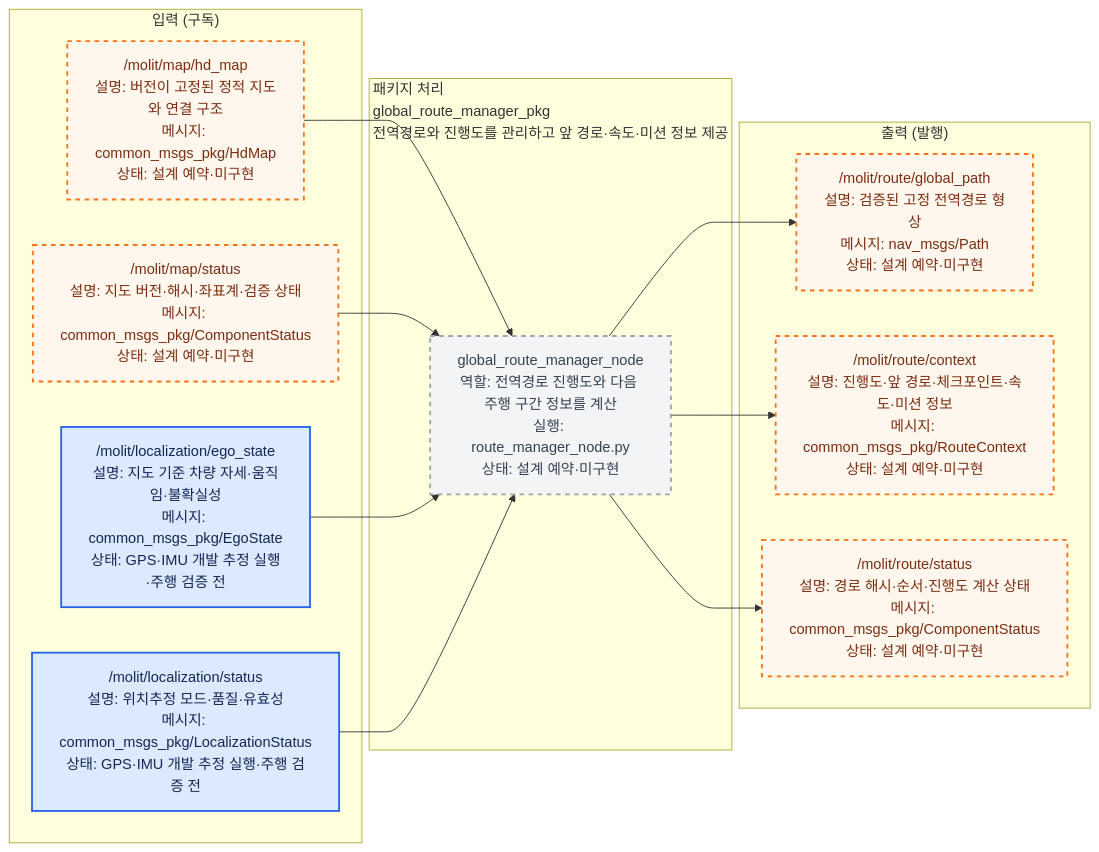
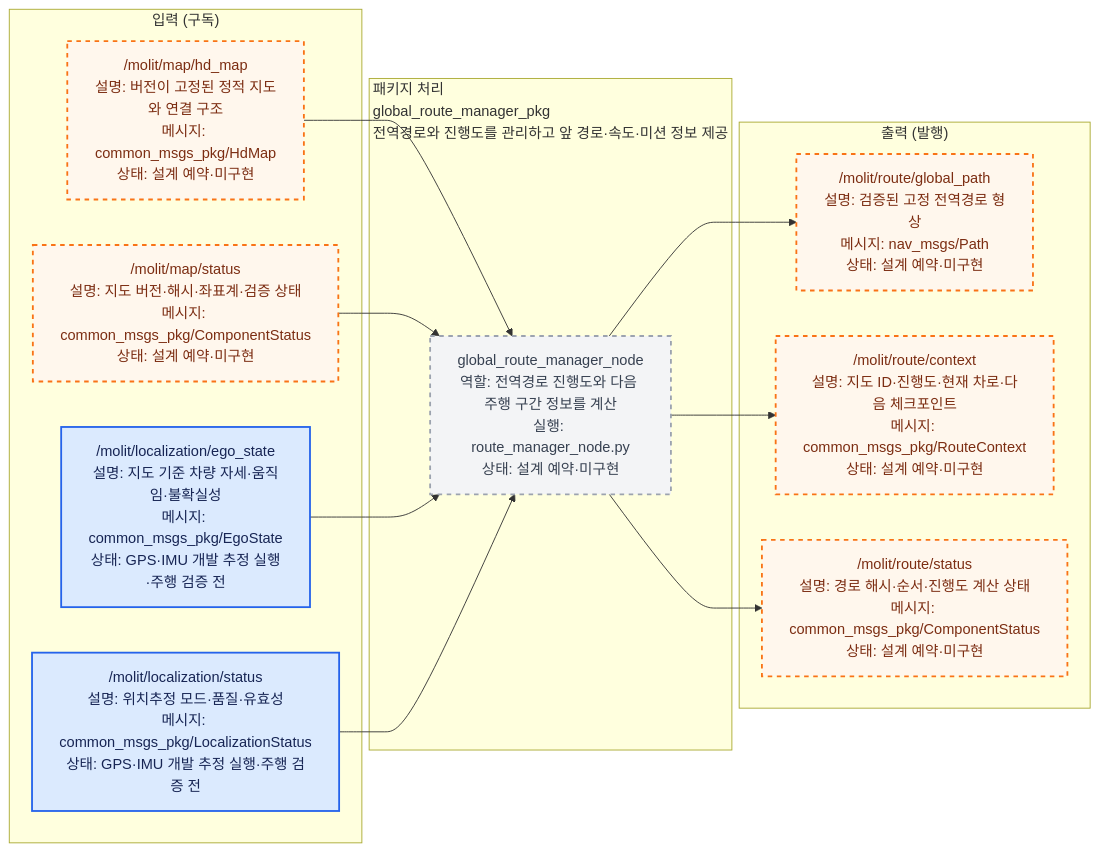
One commit to Team-Stier/Morai_Sim_team2 changed the diagram in src/global_route_manager_pkg/docs/interface_io.mmd. Above: the diagram before and after it, drawn with Mermaid. The commit also changed 37 other files, not shown here.

First line of the commit message:
정적 HD맵 캐시로 Route 진행 메시지 경량화

```diff
--- a/src/global_route_manager_pkg/docs/interface_io.mmd
+++ b/src/global_route_manager_pkg/docs/interface_io.mmd
@@ -1,41 +1,41 @@
 %% AUTO-GENERATED by ros_architecture_pkg/scripts/generate_interface_diagrams.py. DO NOT EDIT.
 %% Source of truth: ros_architecture_pkg/config/interface_contract.yaml
 flowchart LR
     classDef liveNode fill:#dcfce7,color:#14532d,stroke:#16a34a,stroke-width:2px;
     classDef reservedNode fill:#f3f4f6,color:#374151,stroke:#9ca3af,stroke-width:2px,stroke-dasharray: 5 5;
     classDef liveTopic fill:#dbeafe,color:#172554,stroke:#2563eb,stroke-width:2px;
     classDef reservedTopic fill:#fff7ed,color:#7c2d12,stroke:#f97316,stroke-width:2px,stroke-dasharray: 5 5;
     classDef emptyPort fill:#ffffff,color:#6b7280,stroke:#d1d5db,stroke-dasharray: 3 3;
     classDef externalEndpoint fill:#f3e8ff,color:#581c87,stroke:#9333ea,stroke-width:3px;
 
     subgraph INPUTS["입력 (구독)"]
         input_000["/molit/map/hd_map<br/>설명: 버전이 고정된 정적 지도와 연결 구조<br/>메시지: common_msgs_pkg/HdMap<br/>상태: 설계 예약·미구현"]
         input_001["/molit/map/status<br/>설명: 지도 버전·해시·좌표계·검증 상태<br/>메시지: common_msgs_pkg/ComponentStatus<br/>상태: 설계 예약·미구현"]
         input_002["/molit/localization/ego_state<br/>설명: 지도 기준 차량 자세·움직임·불확실성<br/>메시지: common_msgs_pkg/EgoState<br/>상태: GPS·IMU 개발 추정 실행·주행 검증 전"]
         input_003["/molit/localization/status<br/>설명: 위치추정 모드·품질·유효성<br/>메시지: common_msgs_pkg/LocalizationStatus<br/>상태: GPS·IMU 개발 추정 실행·주행 검증 전"]
     end
     subgraph PACKAGE["패키지 처리<br/>global_route_manager_pkg<br/>전역경로와 진행도를 관리하고 앞 경로·속도·미션 정보 제공"]
         local_node_000["global_route_manager_node<br/>역할: 전역경로 진행도와 다음 주행 구간 정보를 계산<br/>실행: route_manager_node.py<br/>상태: 설계 예약·미구현"]
     end
     subgraph OUTPUTS["출력 (발행)"]
         output_000["/molit/route/global_path<br/>설명: 검증된 고정 전역경로 형상<br/>메시지: nav_msgs/Path<br/>상태: 설계 예약·미구현"]
-        output_001["/molit/route/context<br/>설명: 진행도·앞 경로·체크포인트·속도·미션 정보<br/>메시지: common_msgs_pkg/RouteContext<br/>상태: 설계 예약·미구현"]
+        output_001["/molit/route/context<br/>설명: 지도 ID·진행도·현재 차로·다음 체크포인트<br/>메시지: common_msgs_pkg/RouteContext<br/>상태: 설계 예약·미구현"]
         output_002["/molit/route/status<br/>설명: 경로 해시·순서·진행도 계산 상태<br/>메시지: common_msgs_pkg/ComponentStatus<br/>상태: 설계 예약·미구현"]
     end
 
     input_000 --> local_node_000
     input_001 --> local_node_000
     input_002 --> local_node_000
     input_003 --> local_node_000
     local_node_000 --> output_000
     local_node_000 --> output_001
     local_node_000 --> output_002
 
     class local_node_000 reservedNode;
     class input_000 reservedTopic;
     class input_001 reservedTopic;
     class input_002 liveTopic;
     class input_003 liveTopic;
     class output_000 reservedTopic;
     class output_001 reservedTopic;
     class output_002 reservedTopic;
```
